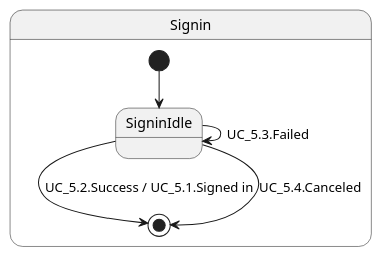
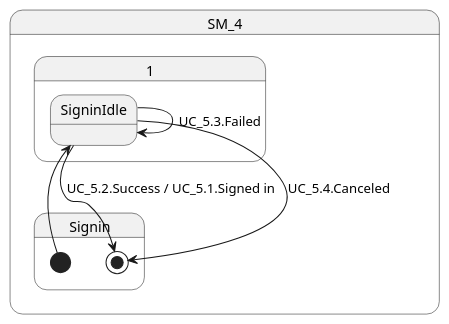
The diagram in web/doc/state_chart/signin.pu (azarashin/Word2VecSOM), drawn with PlantUML before and after one commit. The commit also changed 1 other file, not shown here.

```diff
--- a/web/doc/state_chart/signin.pu
+++ b/web/doc/state_chart/signin.pu
@@ -1,12 +1,11 @@
 @startuml
 
-state Signin {
-    [*] --> SigninIdle
-    SigninIdle --> SigninIdle : UC_5.3.Failed
-    SigninIdle --> [*] : UC_5.2.Success / UC_5.1.Signed in
-    SigninIdle --> [*] : UC_5.4.Canceled
-
+state SM_4.Signin {
+    [*] --> SM_4.1.SigninIdle
+    SM_4.1.SigninIdle --> SM_4.1.SigninIdle : UC_5.3.Failed
+    SM_4.1.SigninIdle --> [*] : UC_5.2.Success / UC_5.1.Signed in
+    SM_4.1.SigninIdle --> [*] : UC_5.4.Canceled
 }
 
 
 @enduml
```
